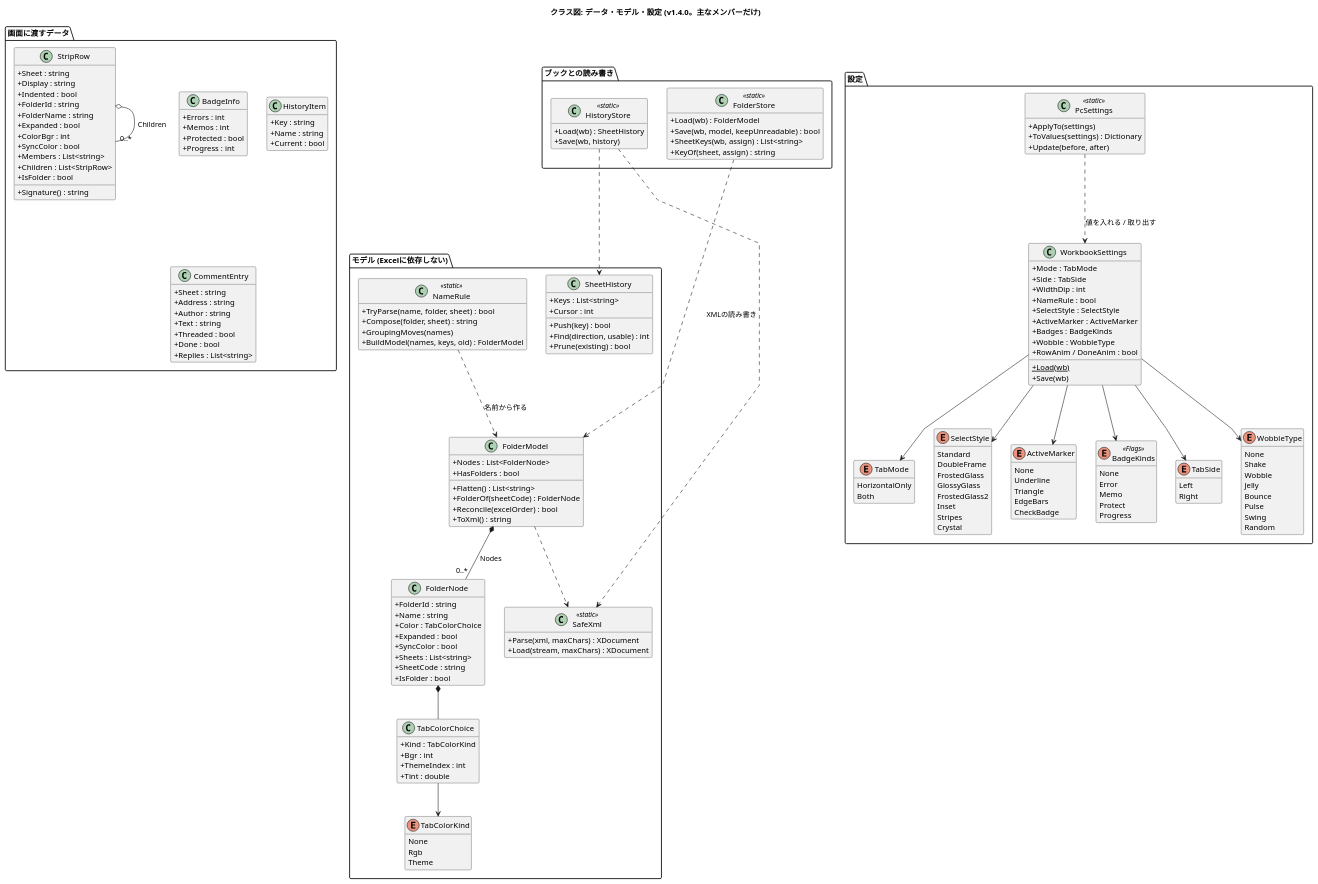
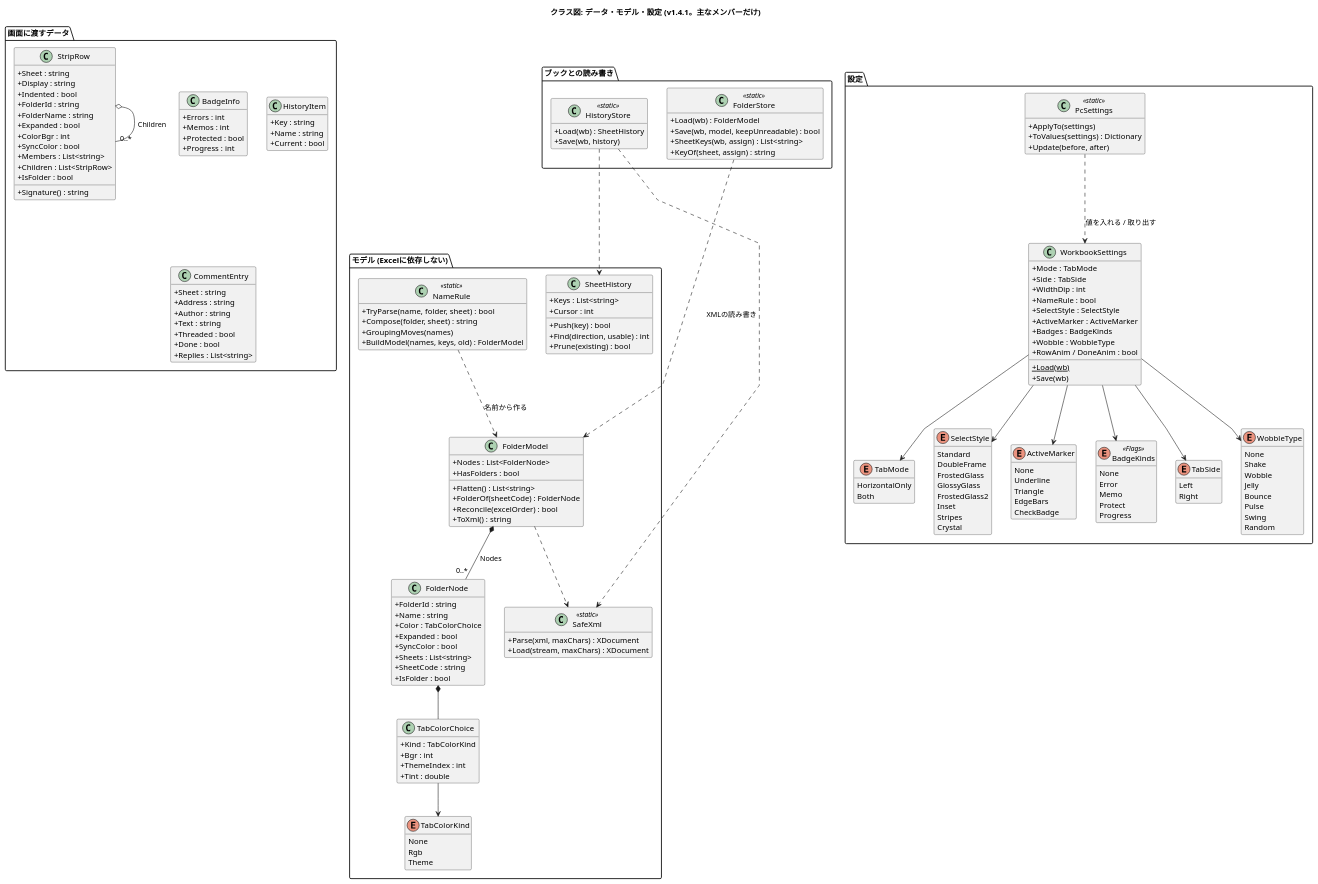
One commit to nk-taka623/VerticalSheetTabs changed the diagram in docs/class-data.puml. Above: the diagram before and after it, drawn with PlantUML. The commit also changed 14 other files, not shown here.

Commit message:
v1.4.1 にする (バージョン、README の変更点、設計図の版数)

```diff
--- a/docs/class-data.puml
+++ b/docs/class-data.puml
@@ -1,188 +1,188 @@
 @startuml
-title クラス図: データ・モデル・設定 (v1.4.0。主なメンバーだけ)
+title クラス図: データ・モデル・設定 (v1.4.1。主なメンバーだけ)
 skinparam shadowing false
 skinparam classAttributeIconSize 0
 skinparam linetype polyline
 hide empty members
 
 package "モデル (Excelに依存しない)" {
   class FolderModel {
     +Nodes : List<FolderNode>
     +HasFolders : bool
     +Flatten() : List<string>
     +FolderOf(sheetCode) : FolderNode
     +Reconcile(excelOrder) : bool
     +ToXml() : string
   }
   class FolderNode {
     +FolderId : string
     +Name : string
     +Color : TabColorChoice
     +Expanded : bool
     +SyncColor : bool
     +Sheets : List<string>
     +SheetCode : string
     +IsFolder : bool
   }
   class TabColorChoice {
     +Kind : TabColorKind
     +Bgr : int
     +ThemeIndex : int
     +Tint : double
   }
   enum TabColorKind {
     None
     Rgb
     Theme
   }
   class SheetHistory {
     +Keys : List<string>
     +Cursor : int
     +Push(key) : bool
     +Find(direction, usable) : int
     +Prune(existing) : bool
   }
   class NameRule <<static>> {
     +TryParse(name, folder, sheet) : bool
     +Compose(folder, sheet) : string
     +GroupingMoves(names)
     +BuildModel(names, keys, old) : FolderModel
   }
   class SafeXml <<static>> {
     +Parse(xml, maxChars) : XDocument
     +Load(stream, maxChars) : XDocument
   }
 }
 
 package "ブックとの読み書き" {
   class FolderStore <<static>> {
     +Load(wb) : FolderModel
     +Save(wb, model, keepUnreadable) : bool
     +SheetKeys(wb, assign) : List<string>
     +KeyOf(sheet, assign) : string
   }
   class HistoryStore <<static>> {
     +Load(wb) : SheetHistory
     +Save(wb, history)
   }
 }
 
 package "設定" {
   class WorkbookSettings {
     +Mode : TabMode
     +Side : TabSide
     +WidthDip : int
     +NameRule : bool
     +SelectStyle : SelectStyle
     +ActiveMarker : ActiveMarker
     +Badges : BadgeKinds
     +Wobble : WobbleType
     +RowAnim / DoneAnim : bool
     +Load(wb) {static}
     +Save(wb)
   }
   class PcSettings <<static>> {
     +ApplyTo(settings)
     +ToValues(settings) : Dictionary
     +Update(before, after)
   }
   enum TabMode {
     HorizontalOnly
     Both
   }
   enum SelectStyle {
     Standard
     DoubleFrame
     FrostedGlass
     GlossyGlass
     FrostedGlass2
     Inset
     Stripes
     Crystal
   }
   enum ActiveMarker {
     None
     Underline
     Triangle
     EdgeBars
     CheckBadge
   }
   enum BadgeKinds <<Flags>> {
     None
     Error
     Memo
     Protect
     Progress
   }
   enum TabSide {
     Left
     Right
   }
   enum WobbleType {
     None
     Shake
     Wobble
     Jelly
     Bounce
     Pulse
     Swing
     Random
   }
 }
 
 package "画面に渡すデータ" {
   class StripRow {
     +Sheet : string
     +Display : string
     +Indented : bool
     +FolderId : string
     +FolderName : string
     +Expanded : bool
     +ColorBgr : int
     +SyncColor : bool
     +Members : List<string>
     +Children : List<StripRow>
     +IsFolder : bool
     +Signature() : string
   }
   class BadgeInfo {
     +Errors : int
     +Memos : int
     +Protected : bool
     +Progress : int
   }
   class HistoryItem {
     +Key : string
     +Name : string
     +Current : bool
   }
   class CommentEntry {
     +Sheet : string
     +Address : string
     +Author : string
     +Text : string
     +Threaded : bool
     +Done : bool
     +Replies : List<string>
   }
 }
 
 FolderModel *-- "0..*" FolderNode : Nodes
 FolderNode *-- TabColorChoice
 TabColorChoice --> TabColorKind
 StripRow o-- "0..*" StripRow : Children
 
 FolderStore ..> FolderModel : XMLの読み書き
 FolderModel ..> SafeXml
 HistoryStore ..> SheetHistory
 HistoryStore ..> SafeXml
 NameRule ..> FolderModel : 名前から作る
 
 WorkbookSettings --> TabMode
 WorkbookSettings --> TabSide
 WorkbookSettings --> SelectStyle
 WorkbookSettings --> ActiveMarker
 WorkbookSettings --> BadgeKinds
 WorkbookSettings --> WobbleType
 PcSettings ..> WorkbookSettings : 値を入れる / 取り出す
 @enduml
```
